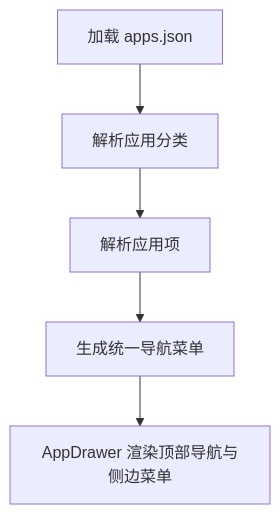
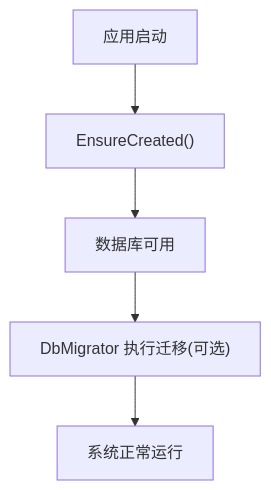
One commit to openlowcodelab/lowcode changed the sixth of 8 diagrams in .qoder/repowiki/zh/content/系统管理/系统管理.md. Above: the diagram before and after it, drawn with Mermaid. The commit also changed other lines of this file and 223 other files, not shown here.

````diff
--- a/.qoder/repowiki/zh/content/系统管理/系统管理.md
+++ b/.qoder/repowiki/zh/content/系统管理/系统管理.md
@@ -406,7 +307,7 @@
 ```mermaid
 flowchart TD
-    LoadJson["加载 apps.json"] --> Categories["解析应用分类"]
-    Categories --> Apps["解析应用项"]
-    Apps --> Nav["生成统一导航菜单"]
-    Nav --> Drawer["AppDrawer 渲染顶部导航与侧边菜单"]
+    Boot["应用启动"] --> Ensure["EnsureCreated()"]
+    Ensure --> Ready["数据库可用"]
+    Ready --> Migrate["DbMigrator 执行迁移(可选)"]
+    Migrate --> Running["系统正常运行"]
 ```
````
